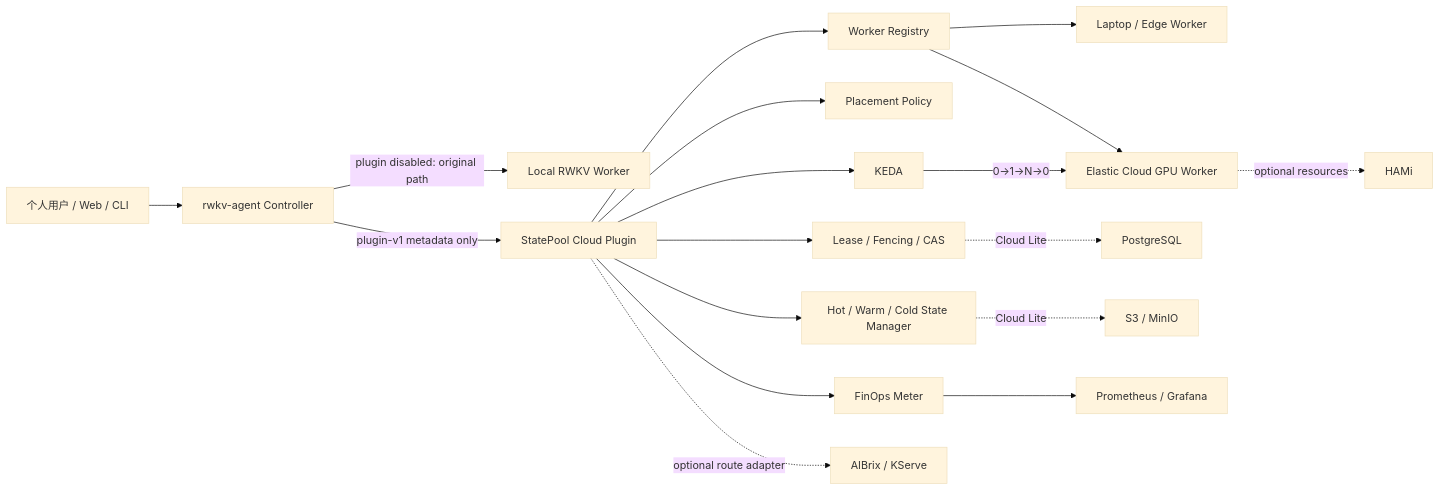
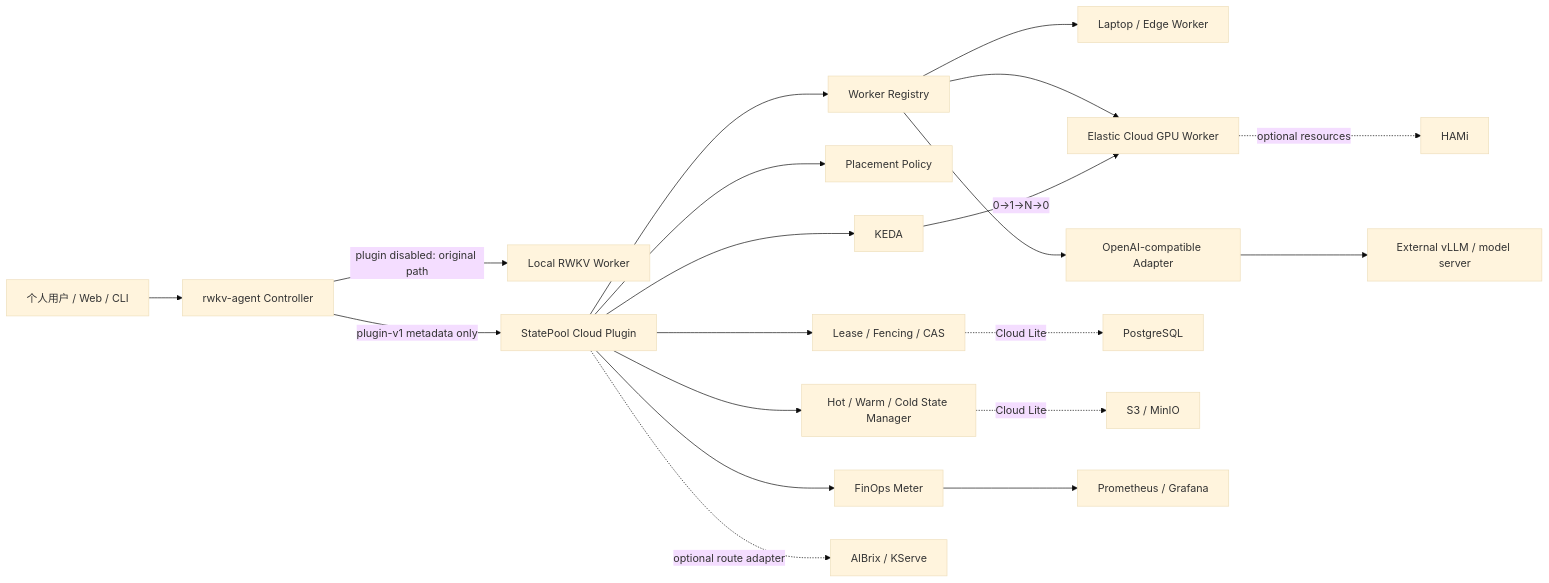
Before and after one commit to 123123213weqw/rwkv-agent: the diagram in competition/oschina-2026/architecture.md, drawn with Mermaid (base theme). The commit also changed other lines of this file and 43 other files, not shown here.

````diff
--- a/competition/oschina-2026/architecture.md
+++ b/competition/oschina-2026/architecture.md
@@ -3,20 +3,22 @@
 ```mermaid
 flowchart LR
     U["个人用户 / Web / CLI"] --> C["rwkv-agent Controller"]
     C -->|"plugin disabled: original path"| LW["Local RWKV Worker"]
     C -->|"plugin-v1 metadata only"| P["StatePool Cloud Plugin"]
     P --> R["Worker Registry"]
     P --> PL["Placement Policy"]
     P --> L["Lease / Fencing / CAS"]
     P --> SM["Hot / Warm / Cold State Manager"]
     P --> F["FinOps Meter"]
     R --> EW["Laptop / Edge Worker"]
     R --> CW["Elastic Cloud GPU Worker"]
+    R --> OW["OpenAI-compatible Adapter"]
+    OW --> V["External vLLM / model server"]
     L -. "Cloud Lite" .-> PG["PostgreSQL"]
     SM -. "Cloud Lite" .-> S3["S3 / MinIO"]
     F --> PR["Prometheus / Grafana"]
     P --> K["KEDA"]
     K -->|"0→1→N→0"| CW
     CW -. "optional resources" .-> H["HAMi"]
     P -. "optional route adapter" .-> A["AIBrix / KServe"]
 ```
````
